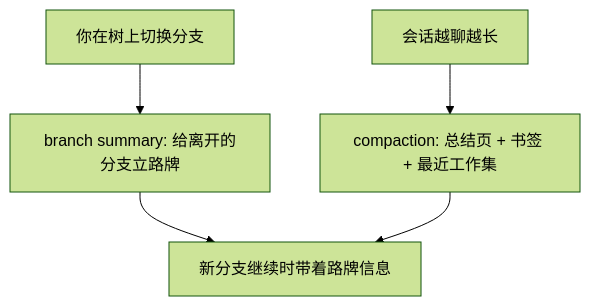
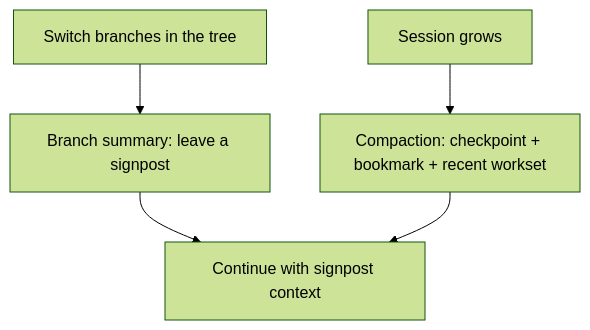
Before and after one commit to parkgogogo/blogs-md: the diagram in docs/clawbot/pi-mono 上下文治理闭环：tree 与 branch summary.md, drawn with Mermaid (forest theme). The commit also changed 1 other file, not shown here.

Commit message:
docs: switch mermaid node labels to English to avoid renderer overflow

````diff
--- a/docs/clawbot/pi-mono 上下文治理闭环：tree 与 branch summary.md
+++ b/docs/clawbot/pi-mono 上下文治理闭环：tree 与 branch summary.md
@@ -33,7 +33,7 @@
 ```mermaid
 flowchart TD
-  A[会话越聊越长] --> B[compaction: 总结页 + 书签 + 最近工作集]
-  C[你在树上切换分支] --> D[branch summary: 给离开的分支立路牌]
-  D --> E[新分支继续时带着路牌信息]
+  A[Session grows] --> B[Compaction: checkpoint + bookmark + recent workset]
+  C[Switch branches in the tree] --> D[Branch summary: leave a signpost]
+  D --> E[Continue with signpost context]
   B --> E
 ```
````
